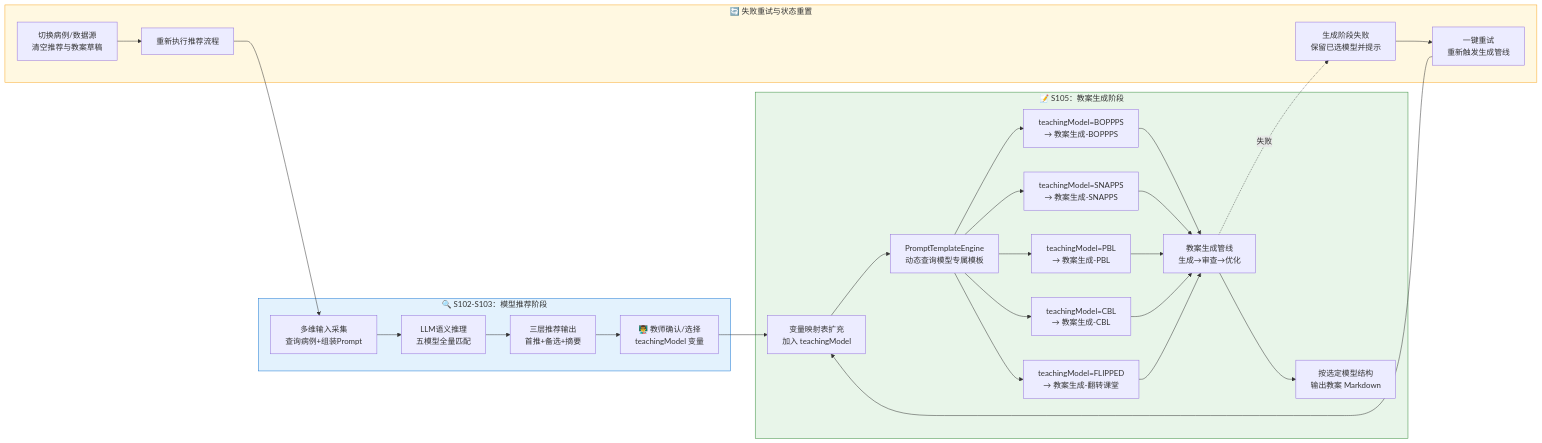
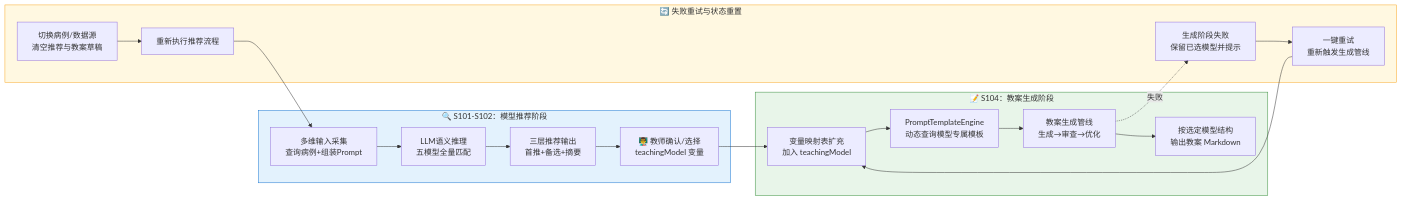
Before and after one commit to liuzh2008/med_ai_assistant_workspace: the third of 5 diagrams in 项目相关/软件著作权/专利申请/专利申请技术交底书-AI教学模型自动推荐方法.md, drawn with Mermaid. The commit also changed other lines of this file and 2 other files, not shown here.

````diff
--- a/项目相关/软件著作权/专利申请/专利申请技术交底书-AI教学模型自动推荐方法.md
+++ b/项目相关/软件著作权/专利申请/专利申请技术交底书-AI教学模型自动推荐方法.md
@@ -290,42 +231,36 @@
 ```mermaid
 flowchart LR
-    subgraph 推荐阶段["🔍 S102-S103：模型推荐阶段"]
+    subgraph 推荐阶段["🔍 S101-S102：模型推荐阶段"]
         R1["多维输入采集<br/>查询病例+组装Prompt"]
         R2["LLM语义推理<br/>五模型全量匹配"]
         R3["三层推荐输出<br/>首推+备选+摘要"]
         R4["👨‍🏫 教师确认/选择<br/>teachingModel 变量"]
         R1 --> R2 --> R3 --> R4
     end
 
-    subgraph 生成阶段["📝 S105：教案生成阶段"]
+    subgraph 生成阶段["📝 S104：教案生成阶段"]
         G1["变量映射表扩充<br/>加入 teachingModel"]
         G2["PromptTemplateEngine<br/>动态查询模型专属模板"]
-        G3["teachingModel=BOPPPS<br/>→ 教案生成-BOPPPS"]
-        G4["teachingModel=SNAPPS<br/>→ 教案生成-SNAPPS"]
-        G5["teachingModel=PBL<br/>→ 教案生成-PBL"]
-        G6["teachingModel=CBL<br/>→ 教案生成-CBL"]
-        G7["teachingModel=FLIPPED<br/>→ 教案生成-翻转课堂"]
         G8["教案生成管线<br/>生成→审查→优化"]
         G9["按选定模型结构<br/>输出教案 Markdown"]
         R4 --> G1 --> G2
-        G2 --> G3 & G4 & G5 & G6 & G7
-        G3 & G4 & G5 & G6 & G7 --> G8 --> G9
+        G2 --> G8 --> G9
     end
 
     subgraph 重试闭环["🔄 失败重试与状态重置"]
         S1["生成阶段失败<br/>保留已选模型并提示"]
         S2["一键重试<br/>重新触发生成管线"]
         S3["切换病例/数据源<br/>清空推荐与教案草稿"]
         S4["重新执行推荐流程"]
         S1 --> S2
         S3 --> S4
         S2 --> G1
         S4 --> R1
     end
 
     G8 -.->|失败| S1
 
     style 推荐阶段 fill:#e3f2fd,stroke:#1976d2
     style 生成阶段 fill:#e8f5e9,stroke:#388e3c
     style 重试闭环 fill:#fff8e1,stroke:#f9a825
 ```
````
